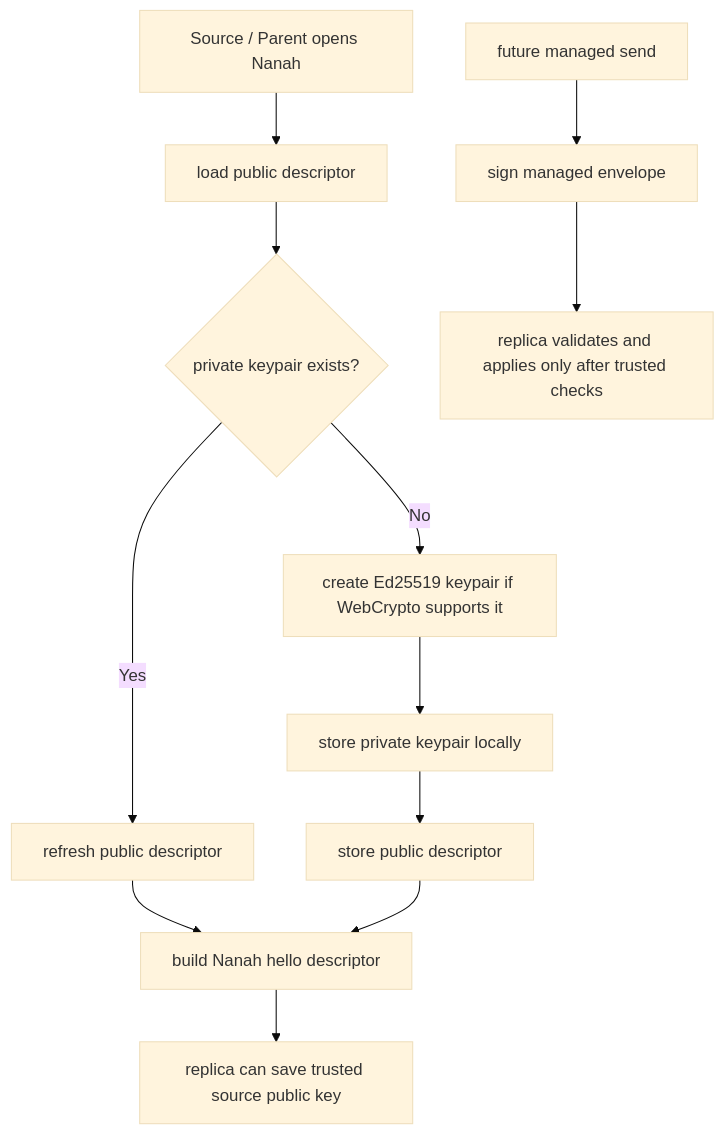
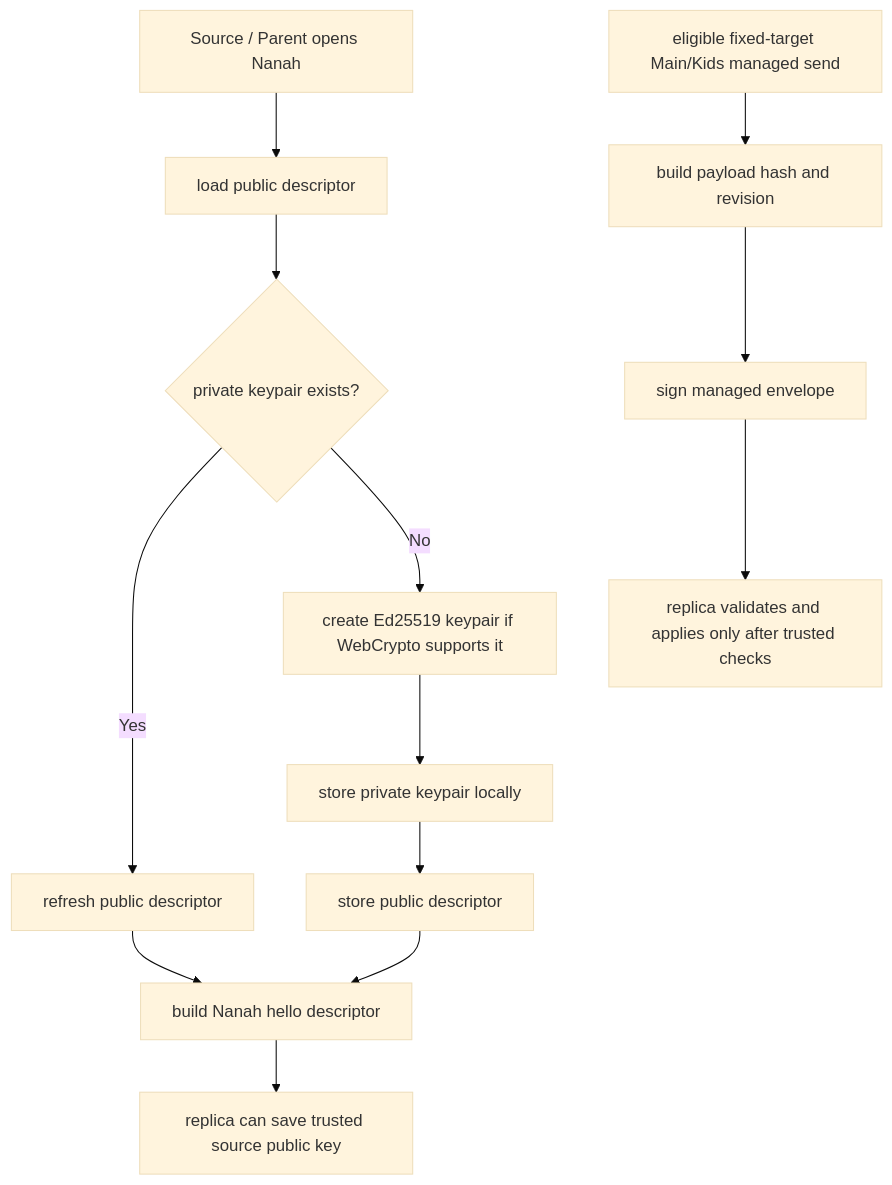
Before and after one commit to varshneydevansh/FilterTube: the diagram in docs/audit/FILTERTUBE_NANAH_MANAGED_SIGNING_KEYPAIR_2026-06-04.md, drawn with Mermaid (base theme). The commit also changed other lines of this file and 53 other files, not shown here.

Commit message:
feat: send signed managed Nanah policies

````diff
--- a/docs/audit/FILTERTUBE_NANAH_MANAGED_SIGNING_KEYPAIR_2026-06-04.md
+++ b/docs/audit/FILTERTUBE_NANAH_MANAGED_SIGNING_KEYPAIR_2026-06-04.md
@@ -91,14 +98,15 @@
 ```mermaid
 flowchart TD
   A["Source / Parent opens Nanah"] --> B["load public descriptor"]
   B --> C{"private keypair exists?"}
   C -->|Yes| D["refresh public descriptor"]
   C -->|No| E["create Ed25519 keypair if WebCrypto supports it"]
   E --> F["store private keypair locally"]
   F --> G["store public descriptor"]
   D --> H["build Nanah hello descriptor"]
   G --> H
   H --> I["replica can save trusted source public key"]
-  J["future managed send"] --> K["sign managed envelope"]
-  K --> L["replica validates and applies only after trusted checks"]
+  J["eligible fixed-target Main/Kids managed send"] --> K["build payload hash and revision"]
+  K --> L["sign managed envelope"]
+  L --> M["replica validates and applies only after trusted checks"]
 ```
````
